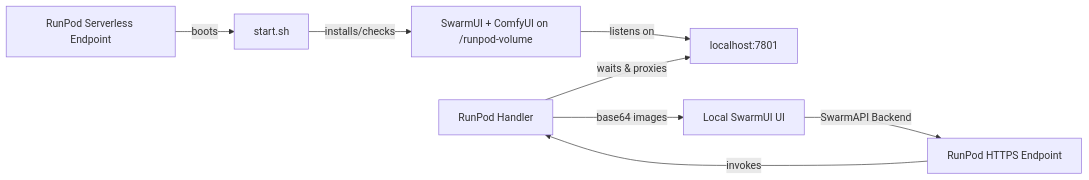
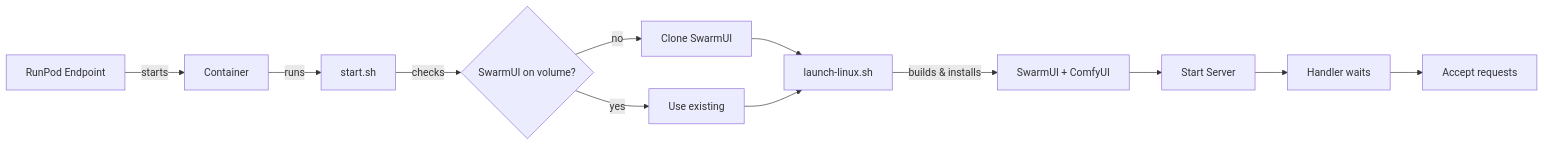
One commit to HartsyAI/RunPod-Worker-SwarmUI changed the diagram in README.md. Above: the diagram before and after it, drawn with Mermaid. The commit also changed other lines of this file and 10 other files, not shown here.

````diff
--- a/README.md
+++ b/README.md
@@ -64,10 +160,14 @@
 ```mermaid
 flowchart LR
-    A[RunPod Serverless Endpoint] -->|boots| B[start.sh]
-    B -->|installs/checks| C[SwarmUI + ComfyUI on /runpod-volume]
-    C -->|listens on| D[localhost:7801]
-    E[RunPod Handler] -->|waits & proxies| D
-    F[Local SwarmUI UI] -->|SwarmAPI Backend| G[RunPod HTTPS Endpoint]
-    G -->|invokes| E
-    E -->|base64 images| F
+    A[RunPod Endpoint] -->|starts| B[Container]
+    B -->|runs| C[start.sh]
+    C -->|checks| D{SwarmUI on volume?}
+    D -->|no| E[Clone SwarmUI]
+    D -->|yes| F[Use existing]
+    E --> G[launch-linux.sh]
+    F --> G
+    G -->|builds & installs| H[SwarmUI + ComfyUI]
+    H --> I[Start Server]
+    I --> J[Handler waits]
+    J --> K[Accept requests]
 ```
````
